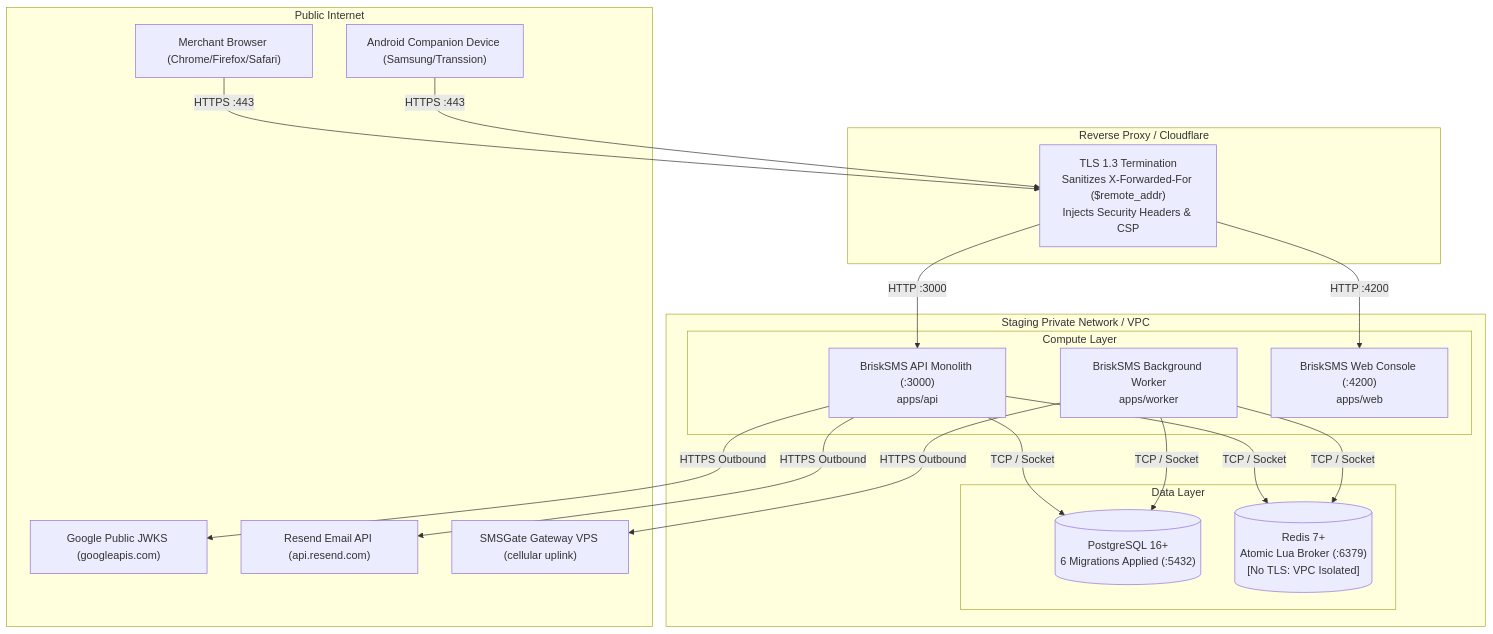
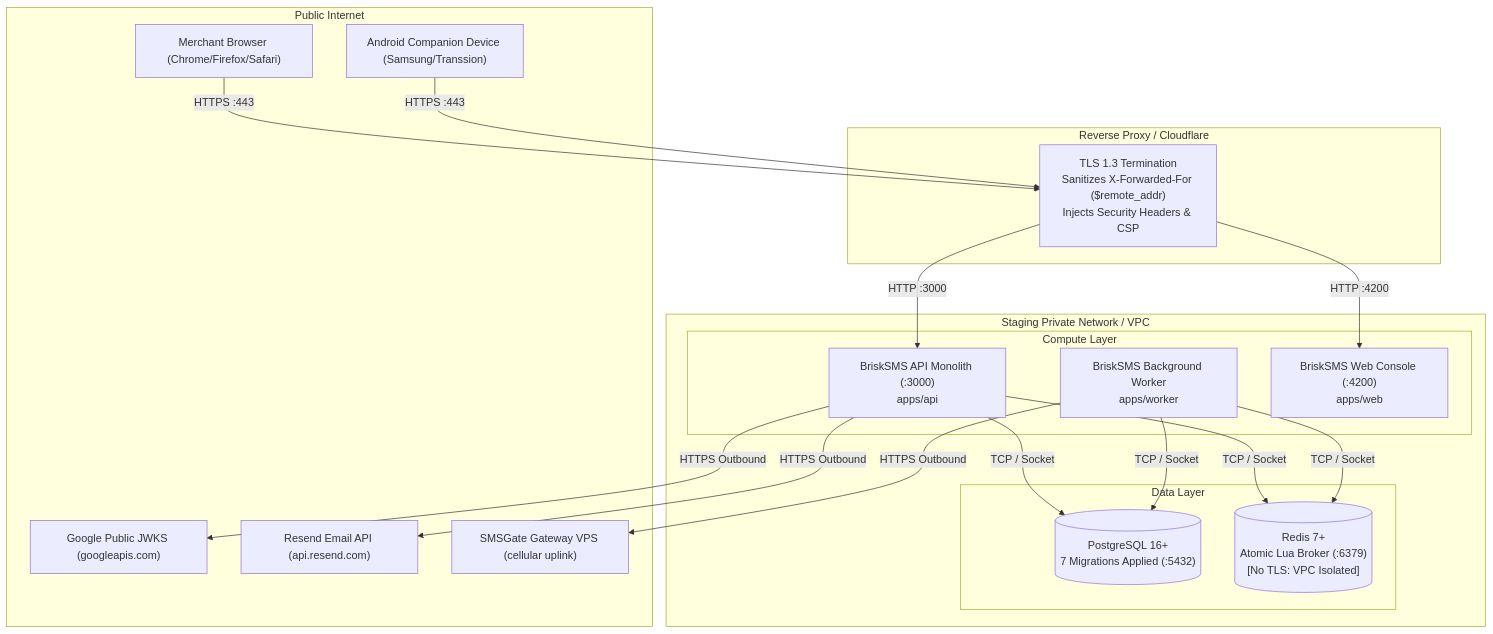
The diagram in docs/reports/STAGING_READINESS_AUDIT.md (realmadede/BriskSMS), drawn with Mermaid before and after one commit. The commit also changed other lines of this file and 10 other files, not shown here.

````diff
--- a/docs/reports/STAGING_READINESS_AUDIT.md
+++ b/docs/reports/STAGING_READINESS_AUDIT.md
@@ -250,41 +254,41 @@
 ```mermaid
 flowchart TD
     subgraph Public Internet
         Browser["Merchant Browser (Chrome/Firefox/Safari)"]
         AndroidDevice["Android Companion Device (Samsung/Transsion)"]
         GoogleJWKS["Google Public JWKS (googleapis.com)"]
         ResendAPI["Resend Email API (api.resend.com)"]
         SMSGateCloud["SMSGate Gateway VPS (cellular uplink)"]
     end
 
     subgraph Staging Edge [Reverse Proxy / Cloudflare]
         Edge["TLS 1.3 Termination<br/>Sanitizes X-Forwarded-For ($remote_addr)<br/>Injects Security Headers & CSP"]
     end
 
     subgraph Staging Private Network / VPC
         subgraph Compute Layer
             API["BriskSMS API Monolith (:3000)<br/>apps/api"]
             Worker["BriskSMS Background Worker<br/>apps/worker"]
             WebConsole["BriskSMS Web Console (:4200)<br/>apps/web"]
         end
 
         subgraph Data Layer
-            PG[("PostgreSQL 16+<br/>6 Migrations Applied (:5432)")]
+            PG[("PostgreSQL 16+<br/>7 Migrations Applied (:5432)")]
             Redis[("Redis 7+<br/>Atomic Lua Broker (:6379)<br/>[No TLS: VPC Isolated]")]
         end
     end
 
     Browser -->|HTTPS :443| Edge
     AndroidDevice -->|HTTPS :443| Edge
     Edge -->|HTTP :3000| API
     Edge -->|HTTP :4200| WebConsole
 
     API -->|TCP / Socket| PG
     API -->|TCP / Socket| Redis
     Worker -->|TCP / Socket| PG
     Worker -->|TCP / Socket| Redis
 
     API -->|HTTPS Outbound| GoogleJWKS
     API -->|HTTPS Outbound| ResendAPI
     Worker -->|HTTPS Outbound| SMSGateCloud
 ```
````
